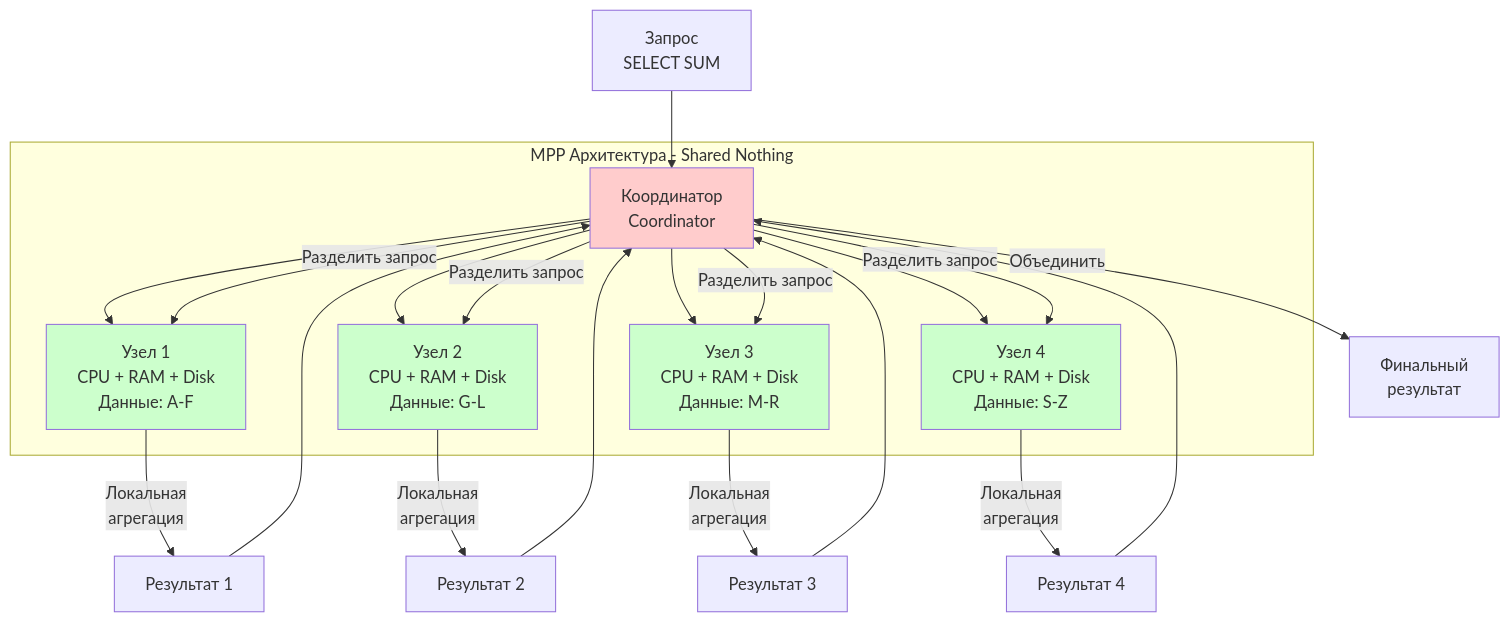
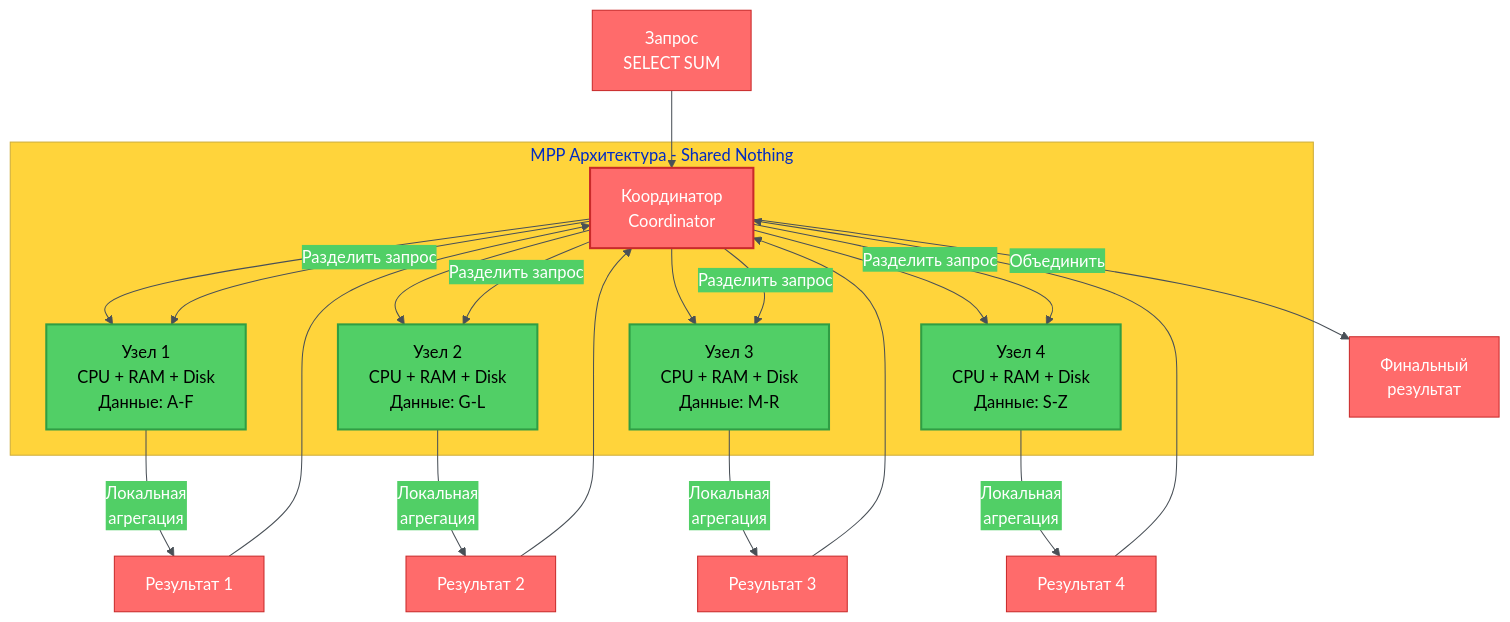
Diagram 15 of 23 in db_exam.md (alx314vo/db_exam), drawn with Mermaid before and after one commit. The commit also changed other lines of this file, not shown here.

Commit message:
added diagrams

````diff
--- a/db_exam.md
+++ b/db_exam.md
@@ -686,33 +779,34 @@
 ```mermaid
+%%{init: {'theme':'base', 'themeVariables': {'primaryColor':'#ff6b6b','primaryTextColor':'#fff','primaryBorderColor':'#c92a2a','lineColor':'#495057','secondaryColor':'#51cf66','tertiaryColor':'#ffd43b'}}}%%
 graph TB
     subgraph "MPP Архитектура - Shared Nothing"
         C[Координатор<br/>Coordinator] --> N1[Узел 1<br/>CPU + RAM + Disk<br/>Данные: A-F]
         C --> N2[Узел 2<br/>CPU + RAM + Disk<br/>Данные: G-L]
         C --> N3[Узел 3<br/>CPU + RAM + Disk<br/>Данные: M-R]
         C --> N4[Узел 4<br/>CPU + RAM + Disk<br/>Данные: S-Z]
     end
     
     Q[Запрос<br/>SELECT SUM] --> C
     C -->|Разделить запрос| N1
     C -->|Разделить запрос| N2
     C -->|Разделить запрос| N3
     C -->|Разделить запрос| N4
     
     N1 -->|Локальная<br/>агрегация| R1[Результат 1]
     N2 -->|Локальная<br/>агрегация| R2[Результат 2]
     N3 -->|Локальная<br/>агрегация| R3[Результат 3]
     N4 -->|Локальная<br/>агрегация| R4[Результат 4]
     
     R1 --> C
     R2 --> C
     R3 --> C
     R4 --> C
     
     C -->|Объединить| F[Финальный<br/>результат]
     
-    style C fill:#ffcccc
-    style N1 fill:#ccffcc
-    style N2 fill:#ccffcc
-    style N3 fill:#ccffcc
-    style N4 fill:#ccffcc
+    style C fill:#ff6b6b,stroke:#c92a2a,stroke-width:2px,color:#fff
+    style N1 fill:#51cf66,stroke:#2f9e44,stroke-width:2px,color:#000
+    style N2 fill:#51cf66,stroke:#2f9e44,stroke-width:2px,color:#000
+    style N3 fill:#51cf66,stroke:#2f9e44,stroke-width:2px,color:#000
+    style N4 fill:#51cf66,stroke:#2f9e44,stroke-width:2px,color:#000
 ```
````
